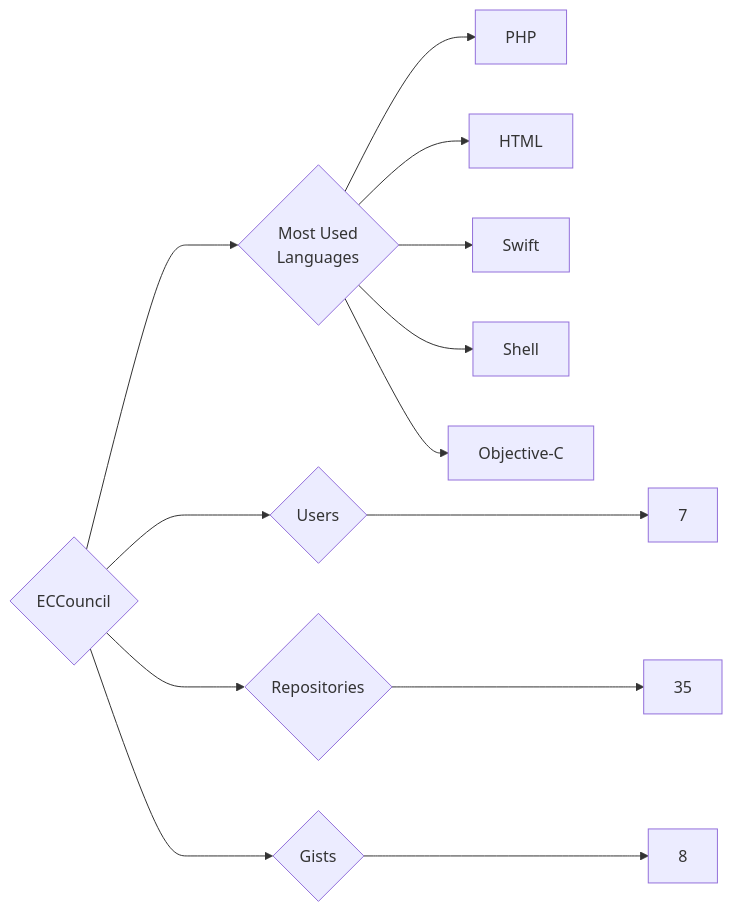
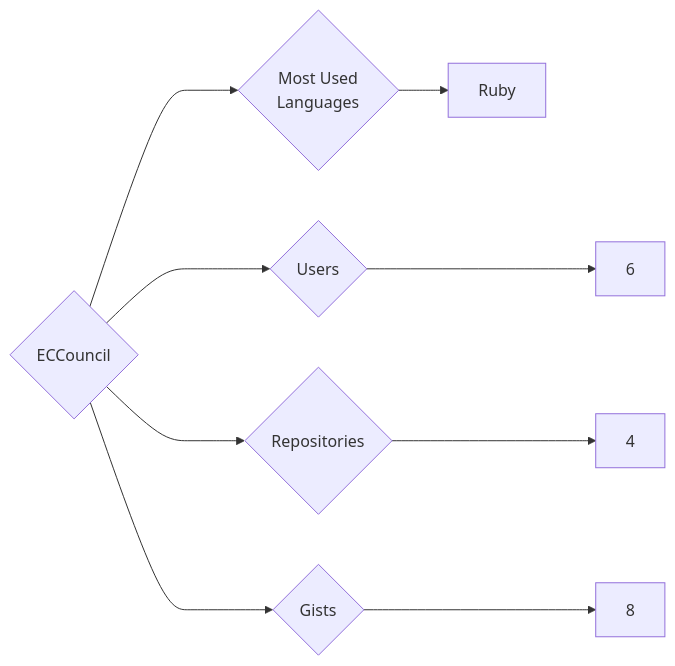
One commit to trickest/insiders changed the diagram in targets/ECCouncil/README.md. Above: the diagram before and after it, drawn with Mermaid. The commit also changed 1003 other files, not shown here.

````diff
--- a/targets/ECCouncil/README.md
+++ b/targets/ECCouncil/README.md
@@ -3,13 +3,9 @@
 ```mermaid
 graph LR
 COMPANY_NAME{ECCouncil}
-COMPANY_NAME ---> U{Users} ---> UN[7]
-COMPANY_NAME ---> R{Repositories} ---> RN[35]
+COMPANY_NAME ---> U{Users} ---> UN[6]
+COMPANY_NAME ---> R{Repositories} ---> RN[4]
 COMPANY_NAME ---> G{Gists} ---> GN[8]
 COMPANY_NAME ---> ML{Most Used<br>Languages}
-ML --> PHP[PHP]
-ML --> HTML[HTML]
-ML --> Swift[Swift]
-ML --> Shell[Shell]
-ML --> Objective-C[Objective-C]
+ML --> Ruby[Ruby]
 ```
````
